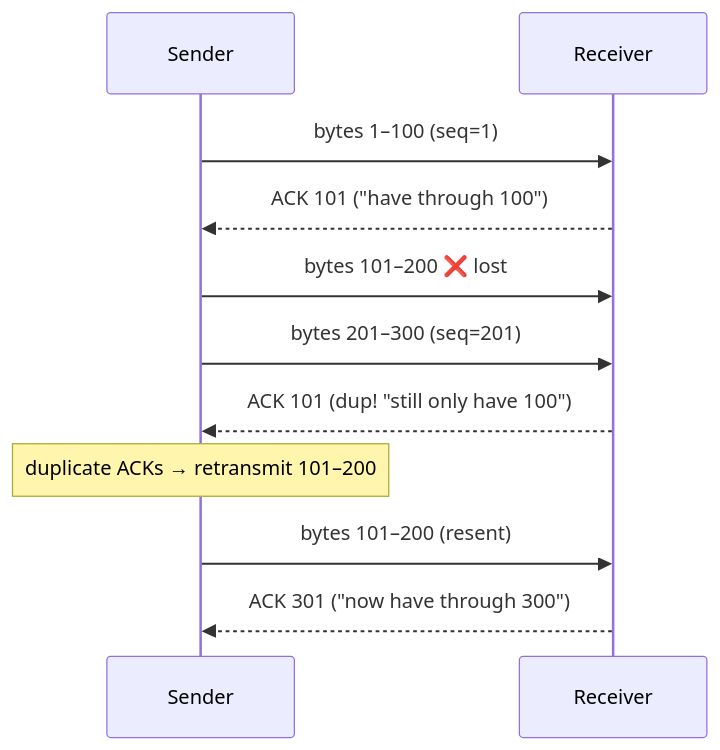
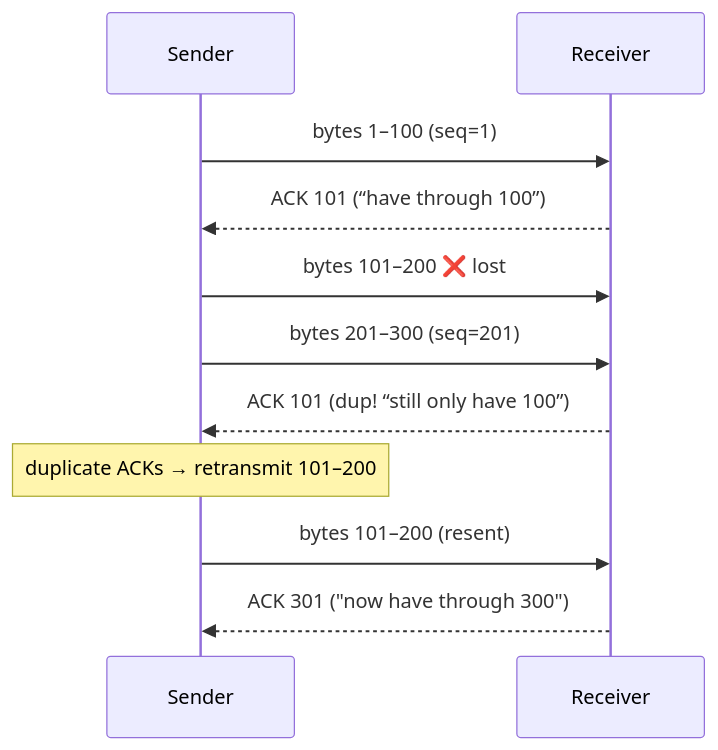
One commit to hiepgithub2001/swedocs changed the second of 2 diagrams in computer-networks/1-knowledge/transport-layer/tcp.md. Above: the diagram before and after it, drawn with Mermaid. The commit also changed other lines of this file and 9 other files, not shown here.

````diff
--- a/computer-networks/1-knowledge/transport-layer/tcp.md
+++ b/computer-networks/1-knowledge/transport-layer/tcp.md
@@ -50,13 +50,13 @@
 ```mermaid
 sequenceDiagram
     participant Sender
     participant Receiver
     Sender->>Receiver: bytes 1–100 (seq=1)
-    Receiver-->>Sender: ACK 101  ("have through 100")
+    Receiver-->>Sender: ACK 101  (“have through 100”)
     Sender->>Receiver: bytes 101–200 ❌ lost
     Sender->>Receiver: bytes 201–300 (seq=201)
-    Receiver-->>Sender: ACK 101  (dup! "still only have 100")
+    Receiver-->>Sender: ACK 101  (dup! “still only have 100”)
     Note over Sender: duplicate ACKs → retransmit 101–200
     Sender->>Receiver: bytes 101–200 (resent)
     Receiver-->>Sender: ACK 301  ("now have through 300")
 ```
````
